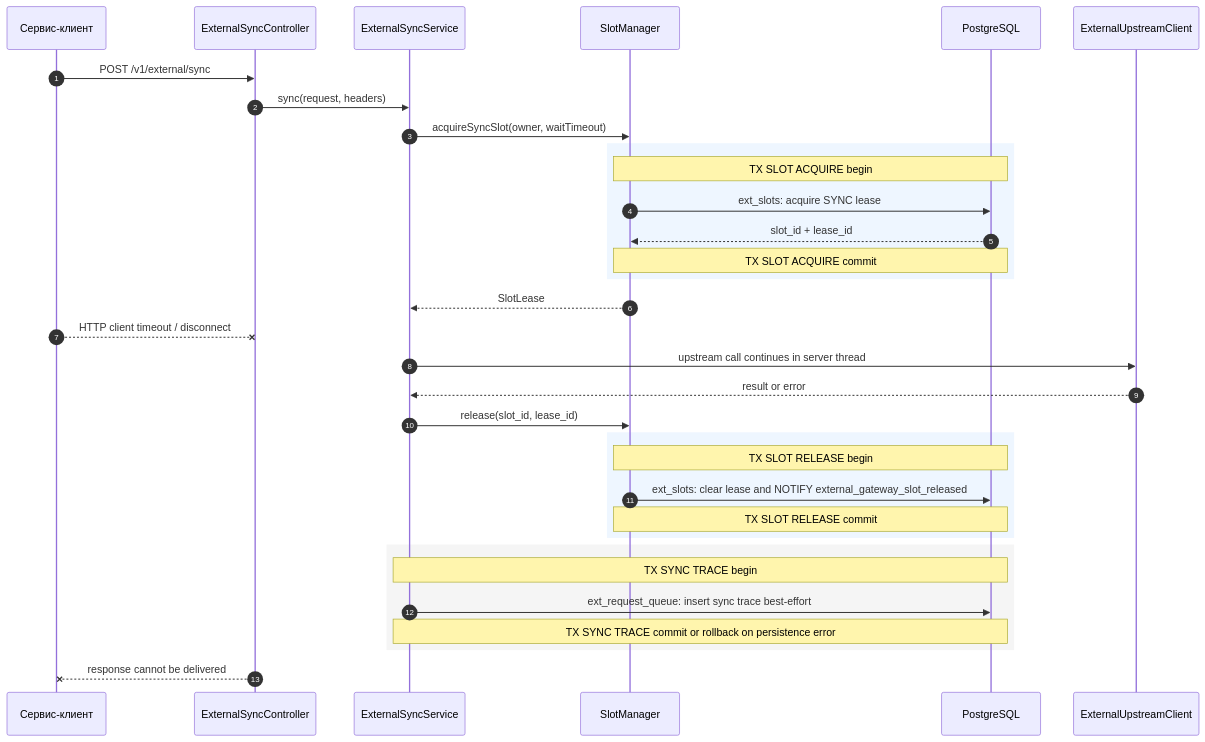
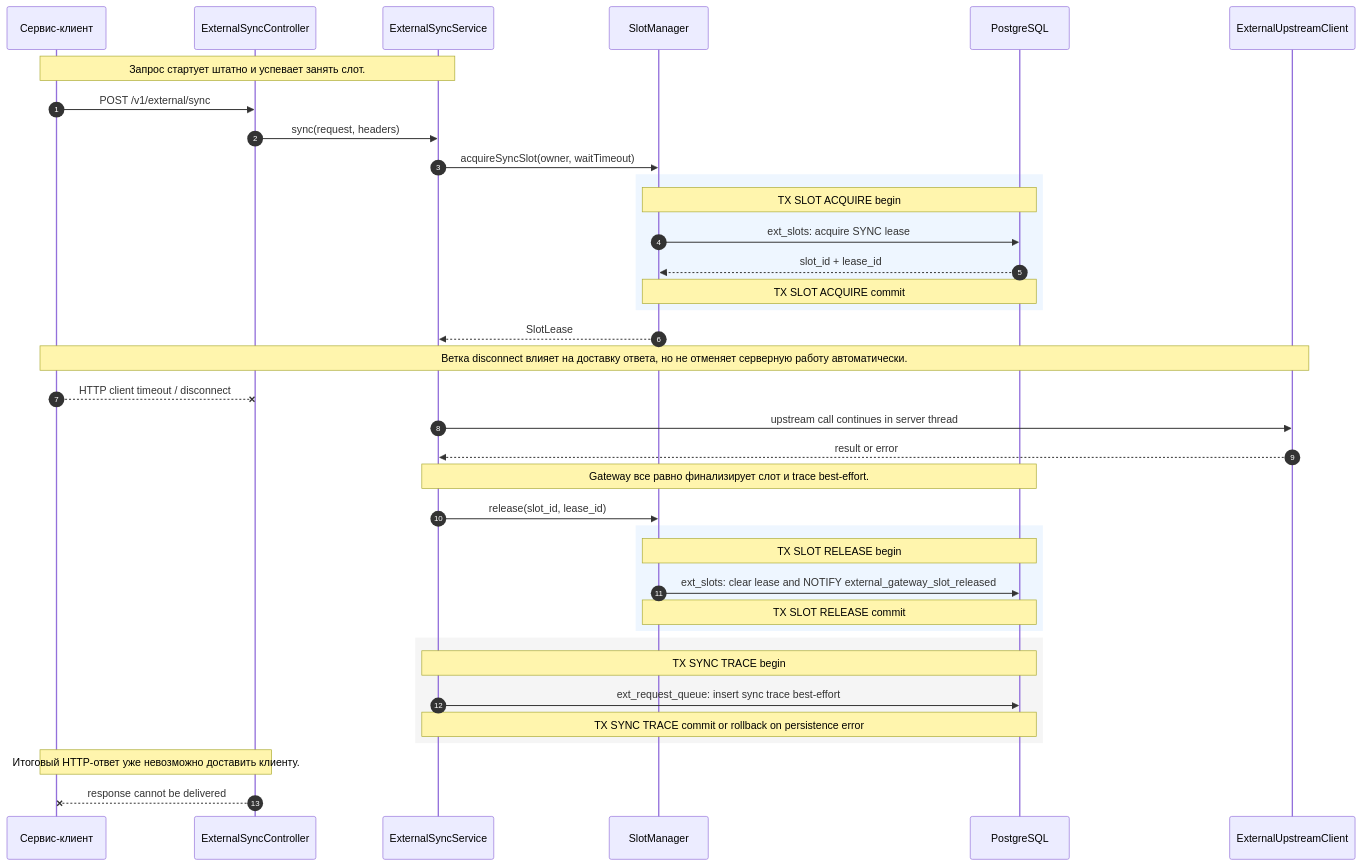
The sixth of 7 diagrams in docs/external-service-gateway/architecture/05-sequence-sync.md (DenisVanin4402/TestQwenCli), drawn with Mermaid before and after one commit. The commit also changed other lines of this file and 2 other files, not shown here.

Commit message:
диаграммы обновлены детализацией sequence

````diff
--- a/docs/external-service-gateway/architecture/05-sequence-sync.md
+++ b/docs/external-service-gateway/architecture/05-sequence-sync.md
@@ -273,36 +424,40 @@
 ```mermaid
 sequenceDiagram
     autonumber
     participant Client as Сервис-клиент
     participant API as ExternalSyncController
     participant Sync as ExternalSyncService
     participant Slots as SlotManager
     participant DB as PostgreSQL
     participant Upstream as ExternalUpstreamClient
 
+    Note over Client,Sync: Запрос стартует штатно и успевает занять слот.
     Client->>API: POST /v1/external/sync
     API->>Sync: sync(request, headers)
     Sync->>Slots: acquireSyncSlot(owner, waitTimeout)
     rect rgb(238, 246, 255)
         Note over Slots,DB: TX SLOT ACQUIRE begin
         Slots->>DB: ext_slots: acquire SYNC lease
         DB-->>Slots: slot_id + lease_id
         Note over Slots,DB: TX SLOT ACQUIRE commit
     end
     Slots-->>Sync: SlotLease
+    Note over Client,Upstream: Ветка disconnect влияет на доставку ответа, но не отменяет серверную работу автоматически.
     Client--xAPI: HTTP client timeout / disconnect
     Sync->>Upstream: upstream call continues in server thread
     Upstream-->>Sync: result or error
+    Note over Sync,DB: Gateway все равно финализирует слот и trace best-effort.
     Sync->>Slots: release(slot_id, lease_id)
     rect rgb(238, 246, 255)
         Note over Slots,DB: TX SLOT RELEASE begin
         Slots->>DB: ext_slots: clear lease and NOTIFY external_gateway_slot_released
         Note over Slots,DB: TX SLOT RELEASE commit
     end
     rect rgb(245, 245, 245)
         Note over Sync,DB: TX SYNC TRACE begin
         Sync->>DB: ext_request_queue: insert sync trace best-effort
         Note over Sync,DB: TX SYNC TRACE commit or rollback on persistence error
     end
+    Note over API,Client: Итоговый HTTP-ответ уже невозможно доставить клиенту.
     API--xClient: response cannot be delivered
 ```
````
